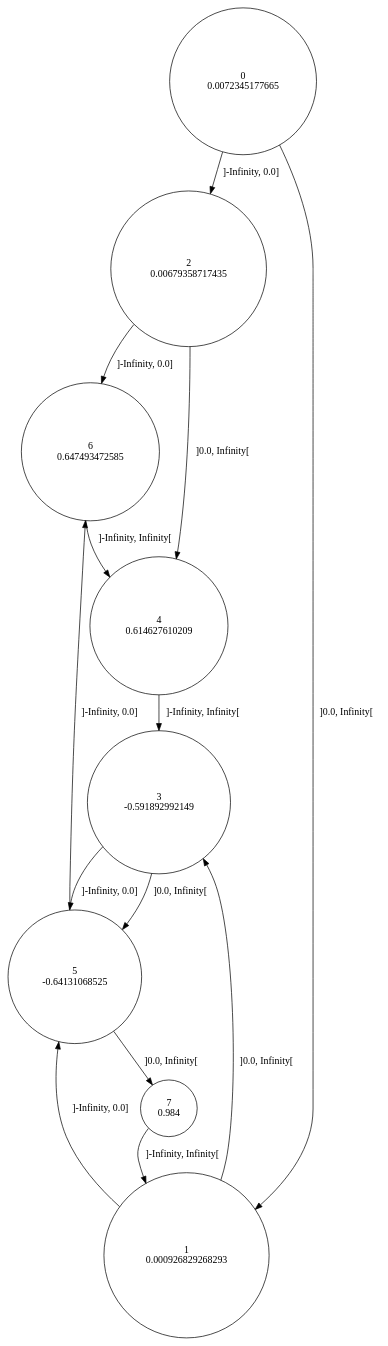
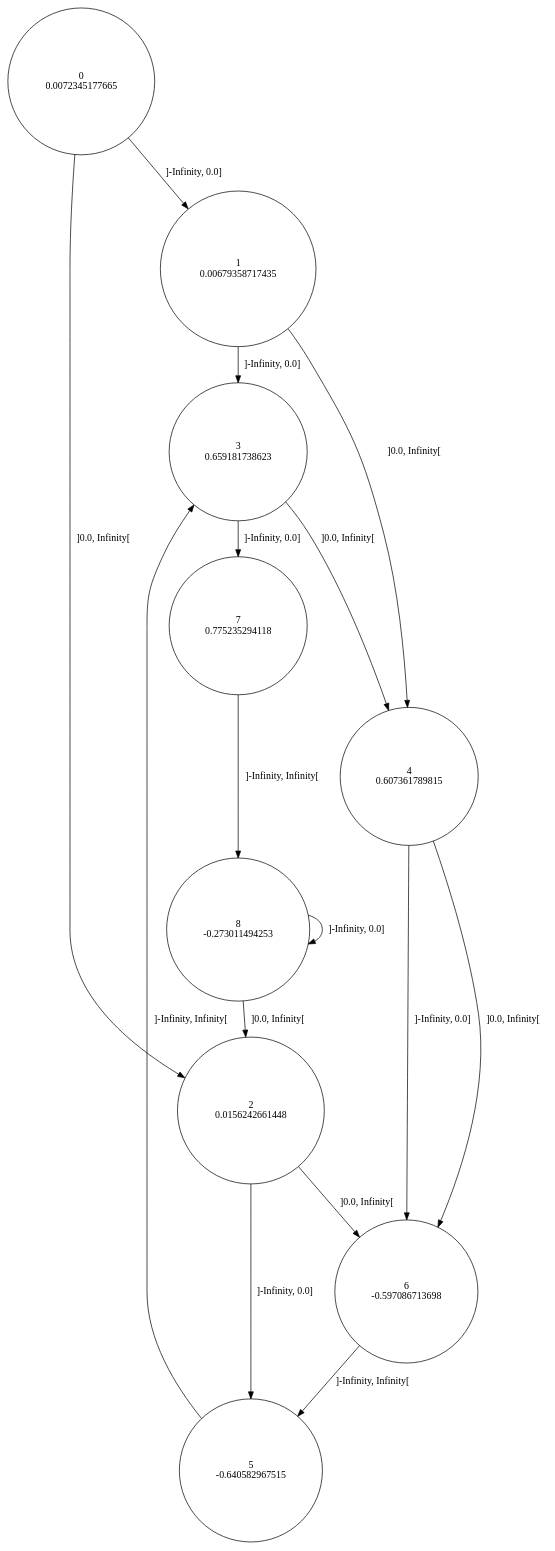
One commit to gllpellegrino/RAI_experiments changed the diagram in sinus/data/4/rtisy.dot. Above: the diagram before and after it, drawn with Graphviz. The commit also changed 168 other files, not shown here.

```diff
--- a/sinus/data/4/rtisy.dot
+++ b/sinus/data/4/rtisy.dot
@@ -1,23 +1,26 @@
 digraph a {
 0 [shape=circle, label="0\n0.0072345177665"];
-	0 -> 2 [label="]-Infinity, 0.0]"];
-	0 -> 1 [label="]0.0, Infinity["];
-1 [shape=circle, label="1\n0.000926829268293"];
-	1 -> 5 [label="]-Infinity, 0.0]"];
-	1 -> 3 [label="]0.0, Infinity["];
-2 [shape=circle, label="2\n0.00679358717435"];
-	2 -> 6 [label="]-Infinity, 0.0]"];
-	2 -> 4 [label="]0.0, Infinity["];
-3 [shape=circle, label="3\n-0.591892992149"];
-	3 -> 5 [label="]-Infinity, 0.0]"];
-	3 -> 5 [label="]0.0, Infinity["];
-4 [shape=circle, label="4\n0.614627610209"];
-	4 -> 3 [label="]-Infinity, Infinity["];
-5 [shape=circle, label="5\n-0.64131068525"];
-	5 -> 6 [label="]-Infinity, 0.0]"];
-	5 -> 7 [label="]0.0, Infinity["];
-6 [shape=circle, label="6\n0.647493472585"];
-	6 -> 4 [label="]-Infinity, Infinity["];
-7 [shape=circle, label="7\n0.984"];
-	7 -> 1 [label="]-Infinity, Infinity["];
+	0 -> 1 [label="]-Infinity, 0.0]"];
+	0 -> 2 [label="]0.0, Infinity["];
+1 [shape=circle, label="1\n0.00679358717435"];
+	1 -> 3 [label="]-Infinity, 0.0]"];
+	1 -> 4 [label="]0.0, Infinity["];
+2 [shape=circle, label="2\n0.0156242661448"];
+	2 -> 5 [label="]-Infinity, 0.0]"];
+	2 -> 6 [label="]0.0, Infinity["];
+3 [shape=circle, label="3\n0.659181738623"];
+	3 -> 7 [label="]-Infinity, 0.0]"];
+	3 -> 4 [label="]0.0, Infinity["];
+4 [shape=circle, label="4\n0.607361789815"];
+	4 -> 6 [label="]-Infinity, 0.0]"];
+	4 -> 6 [label="]0.0, Infinity["];
+5 [shape=circle, label="5\n-0.640582967515"];
+	5 -> 3 [label="]-Infinity, Infinity["];
+6 [shape=circle, label="6\n-0.597086713698"];
+	6 -> 5 [label="]-Infinity, Infinity["];
+7 [shape=circle, label="7\n0.775235294118"];
+	7 -> 8 [label="]-Infinity, Infinity["];
+8 [shape=circle, label="8\n-0.273011494253"];
+	8 -> 8 [label="]-Infinity, 0.0]"];
+	8 -> 2 [label="]0.0, Infinity["];
 }
```
